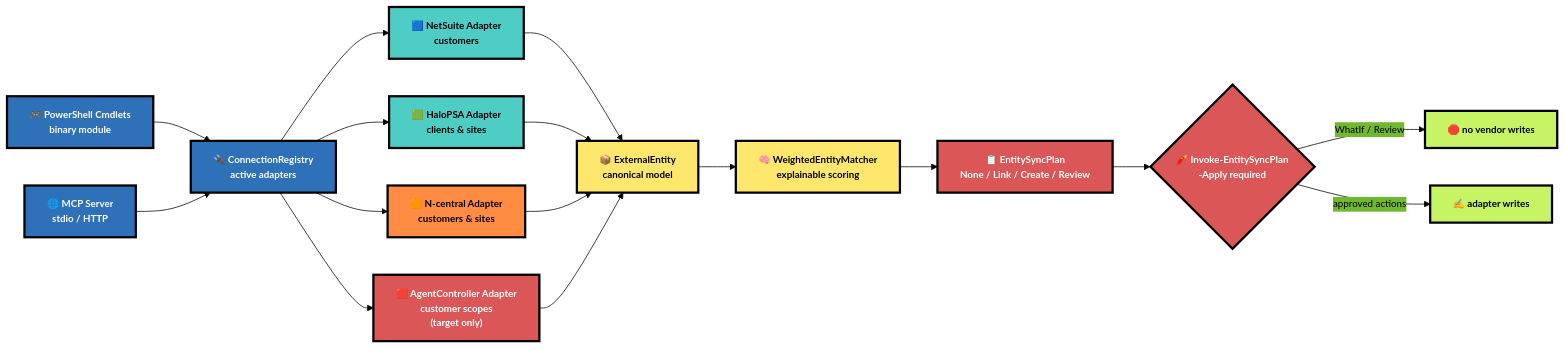
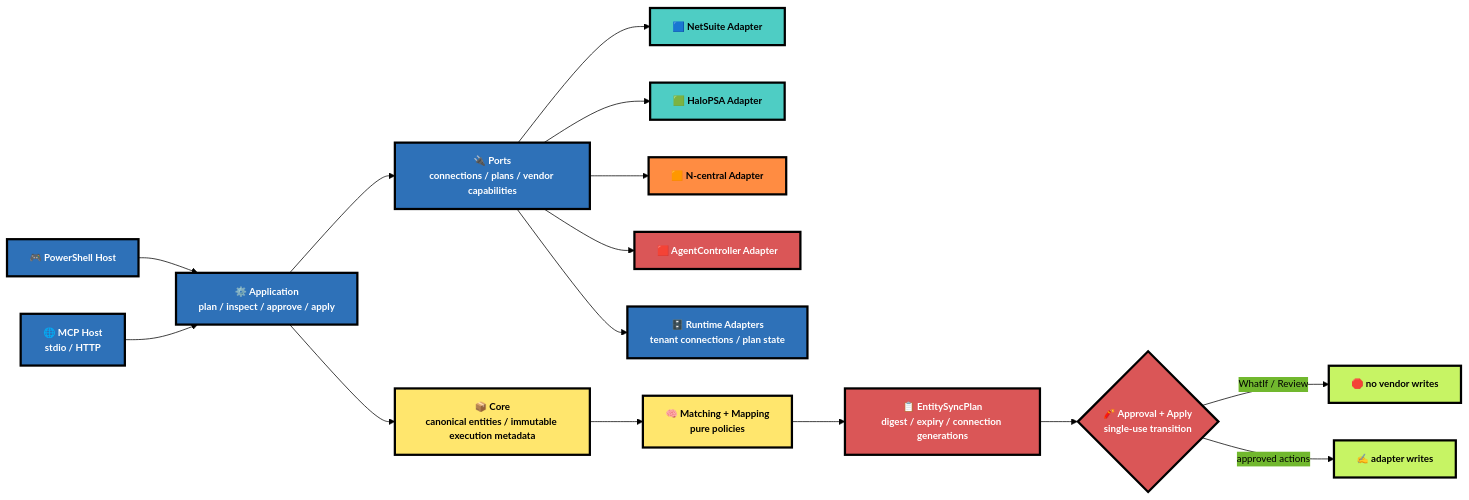
One commit to LISSConsulting/LISSTech.EntitySync changed the first of 2 diagrams in README.md. Above: the diagram before and after it, drawn with Mermaid. The commit also changed other lines of this file and 56 other files, not shown here.

Commit message:
Refactor EntitySync into safe hexagonal platform

````diff
--- a/README.md
+++ b/README.md
@@ -105,35 +105,34 @@
 ```mermaid
 %%{init: {'theme': 'base', 'themeVariables': {'fontFamily': 'monospace', 'fontSize': '13px', 'primaryColor': '#2E71B8', 'primaryBorderColor': '#000', 'primaryTextColor': '#000', 'lineColor': '#000'}}}%%
 graph LR
-    A["🎮 PowerShell Cmdlets<br/>binary module"] --> B["🔌 ConnectionRegistry<br/>active adapters"]
-    M["🌐 MCP Server<br/>stdio / HTTP"] --> B
-    B --> C["🟦 NetSuite Adapter<br/>customers"]
-    B --> D["🟩 HaloPSA Adapter<br/>clients & sites"]
-    B --> K["🟧 N-central Adapter<br/>customers & sites"]
-    B --> L["🟥 AgentController Adapter<br/>customer scopes<br/>(target only)"]
-    C --> E["📦 ExternalEntity<br/>canonical model"]
-    D --> E
-    K --> E
-    L --> E
-    E --> F["🧠 WeightedEntityMatcher<br/>explainable scoring"]
-    F --> G["📋 EntitySyncPlan<br/>None / Link / Create / Review"]
-    G --> H{"🧨 Invoke-EntitySyncPlan<br/>-Apply required"}
+    A["🎮 PowerShell Host"] --> U["⚙️ Application<br/>plan / inspect / approve / apply"]
+    M["🌐 MCP Host<br/>stdio / HTTP"] --> U
+    U --> P["🔌 Ports<br/>connections / plans / vendor capabilities"]
+    U --> E["📦 Core<br/>canonical entities / immutable execution metadata"]
+    P --> C["🟦 NetSuite Adapter"]
+    P --> D["🟩 HaloPSA Adapter"]
+    P --> K["🟧 N-central Adapter"]
+    P --> L["🟥 AgentController Adapter"]
+    P --> R["🗄️ Runtime Adapters<br/>tenant connections / plan state"]
+    E --> F["🧠 Matching + Mapping<br/>pure policies"]
+    F --> G["📋 EntitySyncPlan<br/>digest / expiry / connection generations"]
+    G --> H{"🧨 Approval + Apply<br/>single-use transition"}
     H -->|"WhatIf / Review"| I["🛑 no vendor writes"]
     H -->|"approved actions"| J["✍️ adapter writes"]
 
     classDef blue fill:#2E71B8,stroke:#000,stroke-width:3px,color:#fff,font-weight:bold
     classDef mint fill:#4ECDC4,stroke:#000,stroke-width:3px,color:#000,font-weight:bold
     classDef orange fill:#FF8C42,stroke:#000,stroke-width:3px,color:#000,font-weight:bold
     classDef red2 fill:#DA5657,stroke:#000,stroke-width:3px,color:#fff,font-weight:bold
     classDef amber fill:#FFE66D,stroke:#000,stroke-width:3px,color:#000,font-weight:bold
     classDef red fill:#DA5657,stroke:#000,stroke-width:3px,color:#fff,font-weight:bold
     classDef green fill:#C7F464,stroke:#000,stroke-width:3px,color:#000,font-weight:bold
 
-    class A,B,M blue
+    class A,M,U,P,R blue
     class C,D mint
     class K orange
     class L red2
     class E,F amber
     class G,H red
     class I,J green
 ```
````
